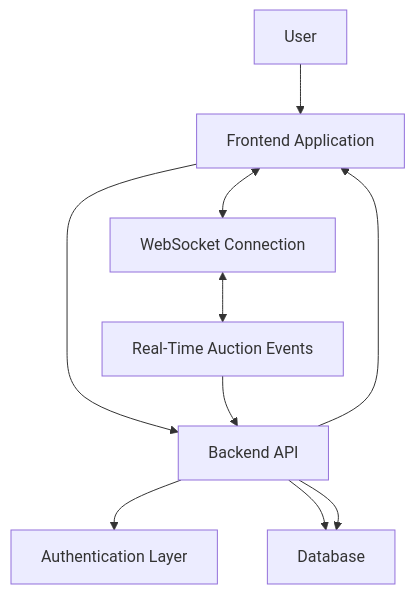
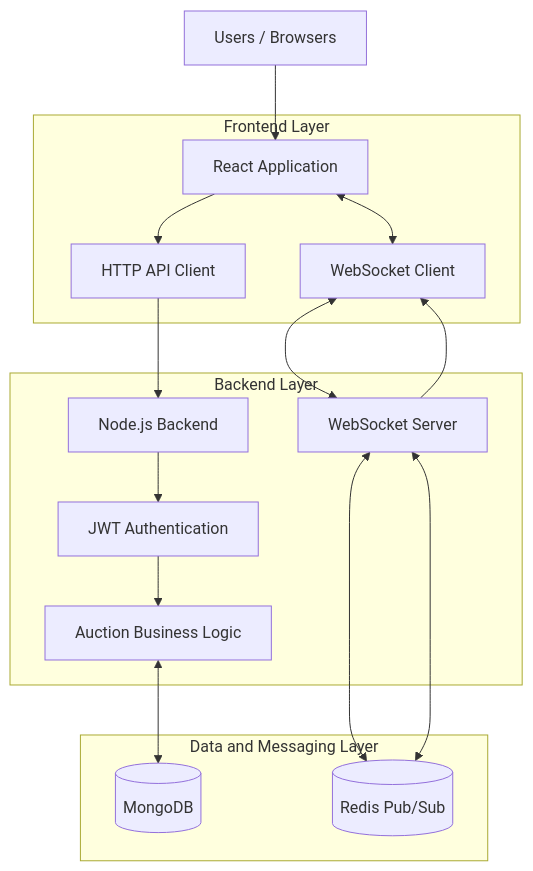
Before and after one commit to anand21314/auction-app: the first of 2 diagrams in README.md, drawn with Mermaid. The commit also changed other lines of this file, not shown here.

````diff
--- a/README.md
+++ b/README.md
@@ -46,12 +85,36 @@
 ```mermaid
-flowchart TD
-    A[User] --> B[Frontend Application]
-    B --> C[Backend API]
-    C --> D[Authentication Layer]
-    C --> E[Database]
-    B <--> F[WebSocket Connection]
-    F <--> G[Real-Time Auction Events]
-    G --> C
-    C --> E
-    C --> B
+flowchart TB
+    U[Users / Browsers]
+
+    subgraph FRONTEND["Frontend Layer"]
+        UI[React Application]
+        API[HTTP API Client]
+        WS[WebSocket Client]
+    end
+
+    subgraph BACKEND["Backend Layer"]
+        SERVER[Node.js Backend]
+        AUTH[JWT Authentication]
+        LOGIC[Auction Business Logic]
+        SOCKET[WebSocket Server]
+    end
+
+    subgraph DATA["Data and Messaging Layer"]
+        DB[(MongoDB)]
+        REDIS[(Redis Pub/Sub)]
+    end
+
+    U --> UI
+    UI --> API
+    UI <--> WS
+
+    API --> SERVER
+    SERVER --> AUTH
+    AUTH --> LOGIC
+    LOGIC <--> DB
+
+    WS <--> SOCKET
+    SOCKET <--> REDIS
+    REDIS <--> SOCKET
+    SOCKET --> WS
 ```
````
